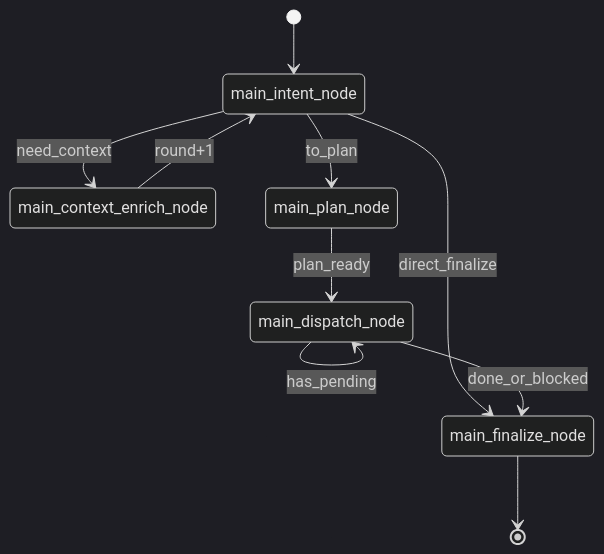
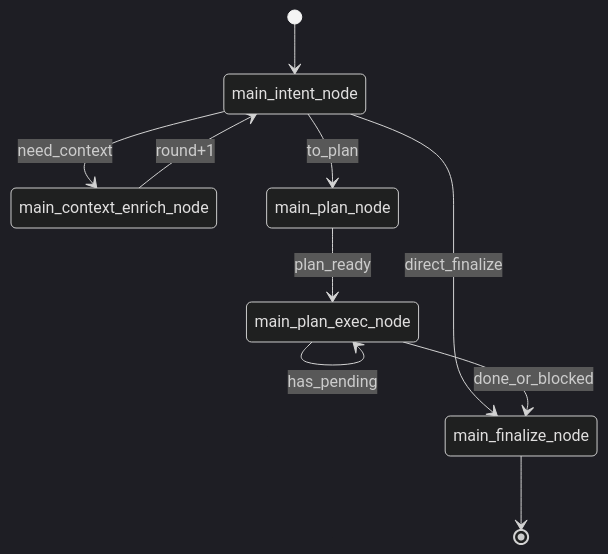
The second of 3 diagrams in doc/ai-architecture.md (Yoan98/Ncurator), drawn with Mermaid (dark theme) before and after one commit. The commit also changed other lines of this file and 20 other files, not shown here.

Commit message:
feat: Update AI architecture and node structure to enhance task execution flow and state management

````diff
--- a/doc/ai-architecture.md
+++ b/doc/ai-architecture.md
@@ -51,12 +51,12 @@
 ```mermaid
 stateDiagram-v2
   [*] --> main_intent_node
   main_intent_node --> main_context_enrich_node: need_context
   main_intent_node --> main_plan_node: to_plan
   main_intent_node --> main_finalize_node: direct_finalize
   main_context_enrich_node --> main_intent_node: round+1
-  main_plan_node --> main_dispatch_node: plan_ready
-  main_dispatch_node --> main_dispatch_node: has_pending
-  main_dispatch_node --> main_finalize_node: done_or_blocked
+  main_plan_node --> main_plan_exec_node: plan_ready
+  main_plan_exec_node --> main_plan_exec_node: has_pending
+  main_plan_exec_node --> main_finalize_node: done_or_blocked
   main_finalize_node --> [*]
 ```
````
